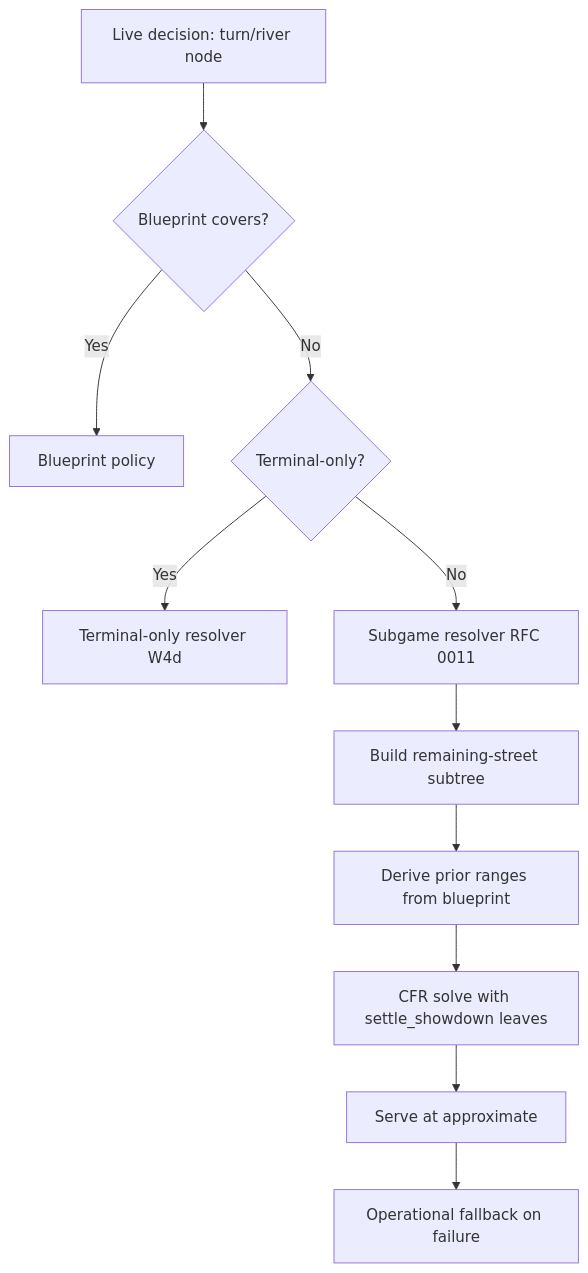
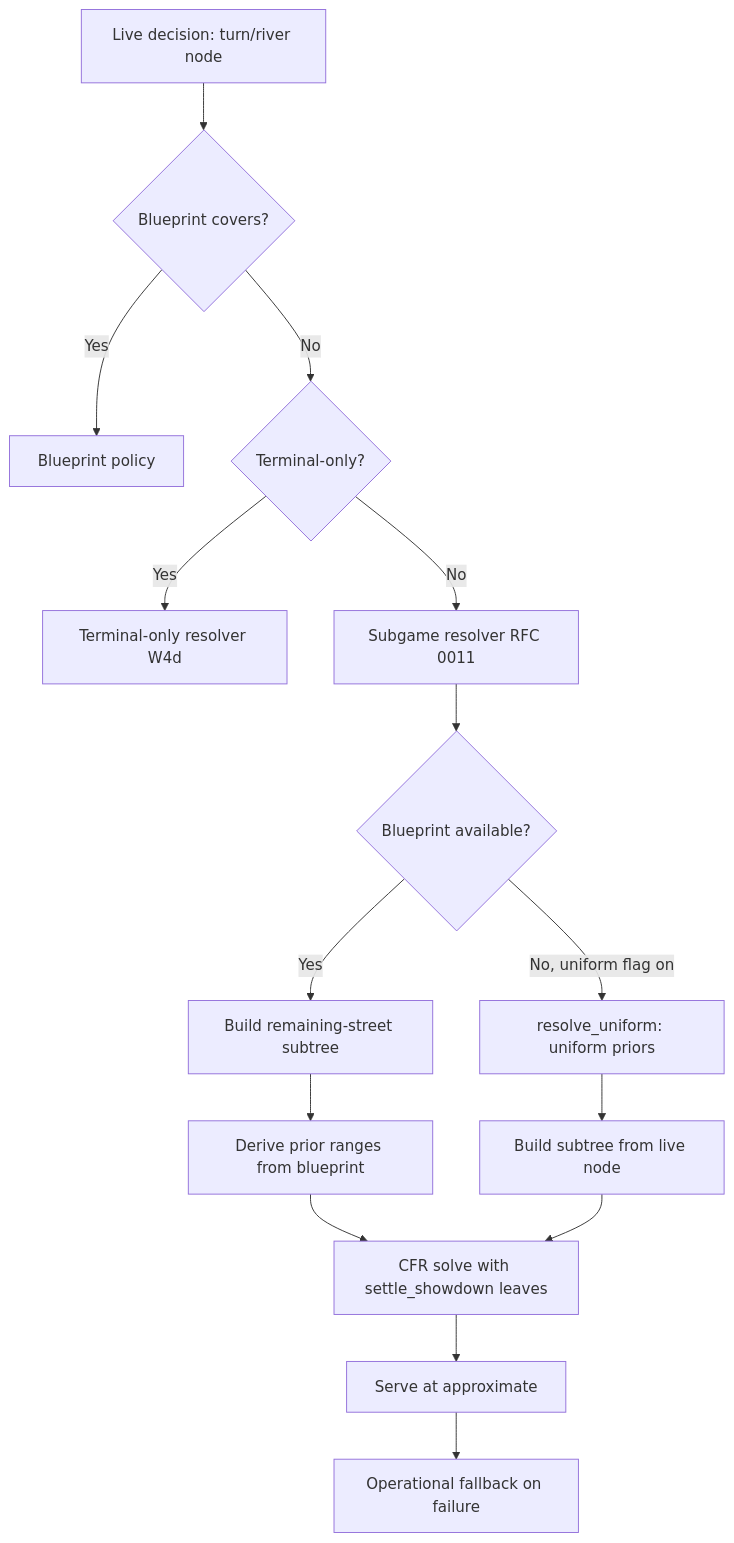
The diagram in docs/rfcs/0011-turn-river-strategy.md (Zzzode/BigShark), drawn with Mermaid before and after one commit. The commit also changed other lines of this file and 5 other files, not shown here.

````diff
--- a/docs/rfcs/0011-turn-river-strategy.md
+++ b/docs/rfcs/0011-turn-river-strategy.md
@@ -232,13 +255,17 @@
 ```mermaid
 flowchart TD
     Live[Live decision: turn/river node] --> Check{Blueprint covers?}
     Check -->|Yes| BP[Blueprint policy]
     Check -->|No| TermCheck{Terminal-only?}
     TermCheck -->|Yes| TermResolve[Terminal-only resolver W4d]
     TermCheck -->|No| Subgame[Subgame resolver RFC 0011]
-    Subgame --> Build[Build remaining-street subtree]
+    Subgame --> Mode{Blueprint available?}
+    Mode -->|Yes| Build[Build remaining-street subtree]
     Build --> Ranges[Derive prior ranges from blueprint]
+    Mode -->|No, uniform flag on| Uniform[resolve_uniform: uniform priors]
+    Uniform --> UBuild[Build subtree from live node]
     Ranges --> Solve[CFR solve with settle_showdown leaves]
+    UBuild --> Solve
     Solve --> Approx[Serve at approximate]
     Approx --> Fallback[Operational fallback on failure]
 ```
````
